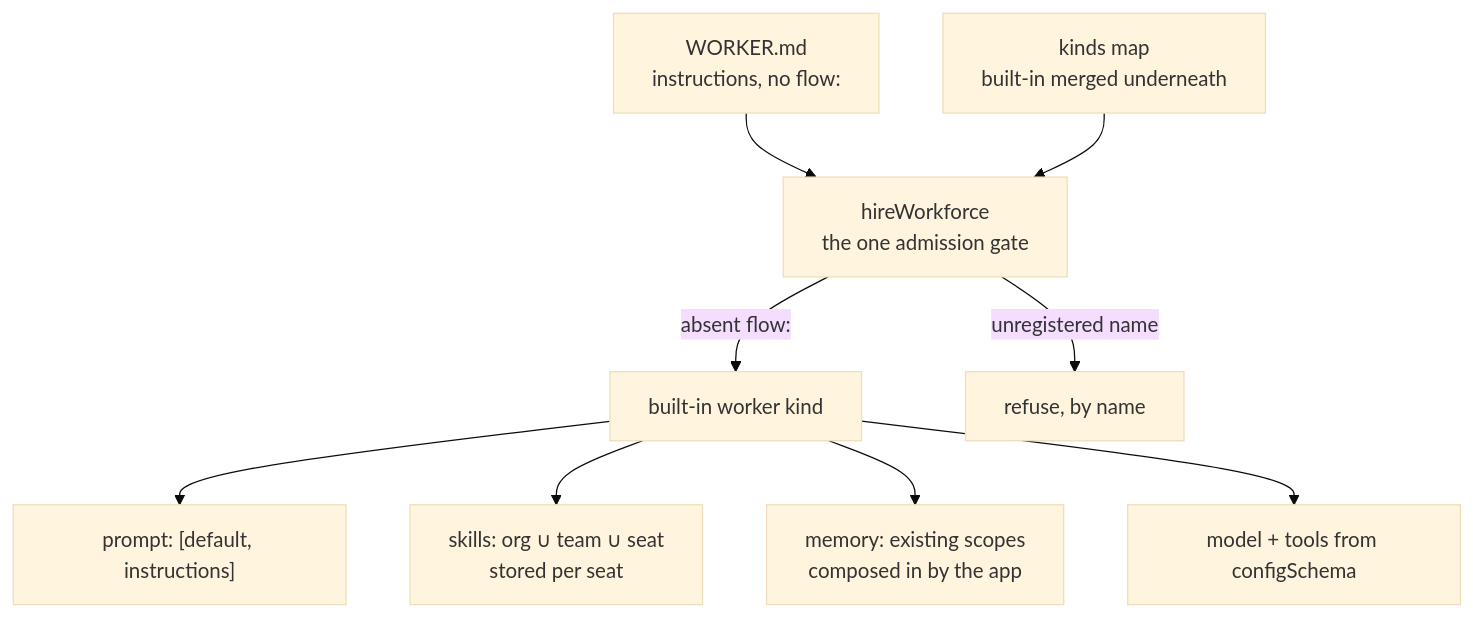
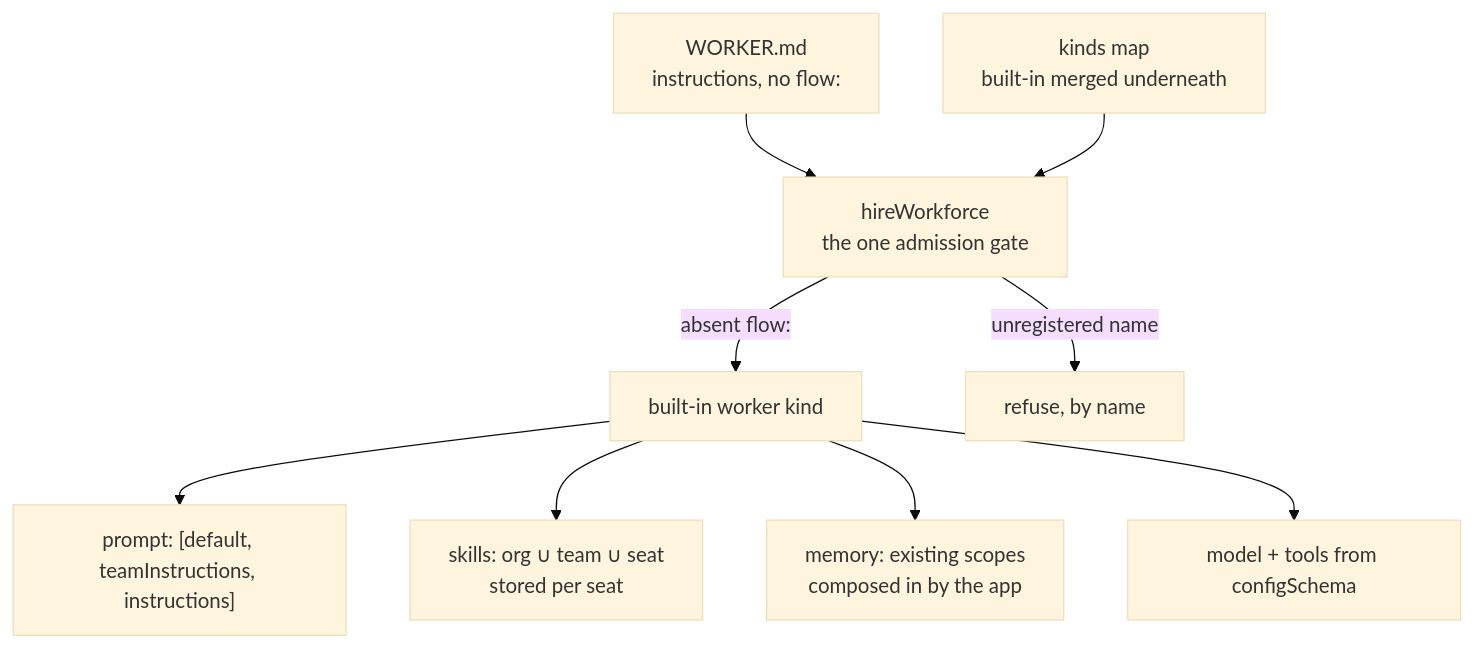
One commit to fixpoint-labs/flow-state-dev changed the diagram in docs/architecture/workforce-default-worker-kind.md. Above: the diagram before and after it, drawn with Mermaid (base theme). The commit also changed other lines of this file and 21 other files, not shown here.

````diff
--- a/docs/architecture/workforce-default-worker-kind.md
+++ b/docs/architecture/workforce-default-worker-kind.md
@@ -43,11 +43,11 @@
 ```mermaid
 flowchart TD
   W["WORKER.md<br/>instructions, no flow:"] --> H[hireWorkforce<br/>the one admission gate]
   K["kinds map<br/>built-in merged underneath"] --> H
   H -->|absent flow:| A[built-in worker kind]
   H -->|unregistered name| X[refuse, by name]
-  A --> P["prompt: [default, instructions]"]
+  A --> P["prompt: [default, teamInstructions, instructions]"]
   A --> S["skills: org ∪ team ∪ seat<br/>stored per seat"]
   A --> M["memory: existing scopes<br/>composed in by the app"]
   A --> T[model + tools from configSchema]
 ```
````
